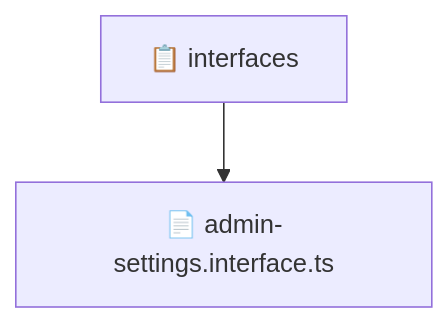
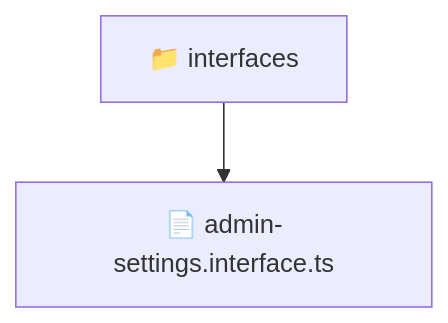
The diagram in backend/src/modules/admin-settings/domain/interfaces/README.md (beginwebdev2002/fullstack-mavluda), drawn with Mermaid before and after one commit. The commit also changed other lines of this file and 165 other files, not shown here.

First line of the commit message:
docs: generate localized architectural READMEs

````diff
--- a/backend/src/modules/admin-settings/domain/interfaces/README.md
+++ b/backend/src/modules/admin-settings/domain/interfaces/README.md
@@ -10,5 +9,5 @@
 ```mermaid
 graph TD
-  Root["📋 interfaces"]
-  Root --> adminsettingsinterfacets["📄 admin-settings.interface.ts"]
+  interfaces["📁 interfaces"]
+  interfaces --> admin_settings_interface_ts["📄 admin-settings.interface.ts"]
 ```
````
